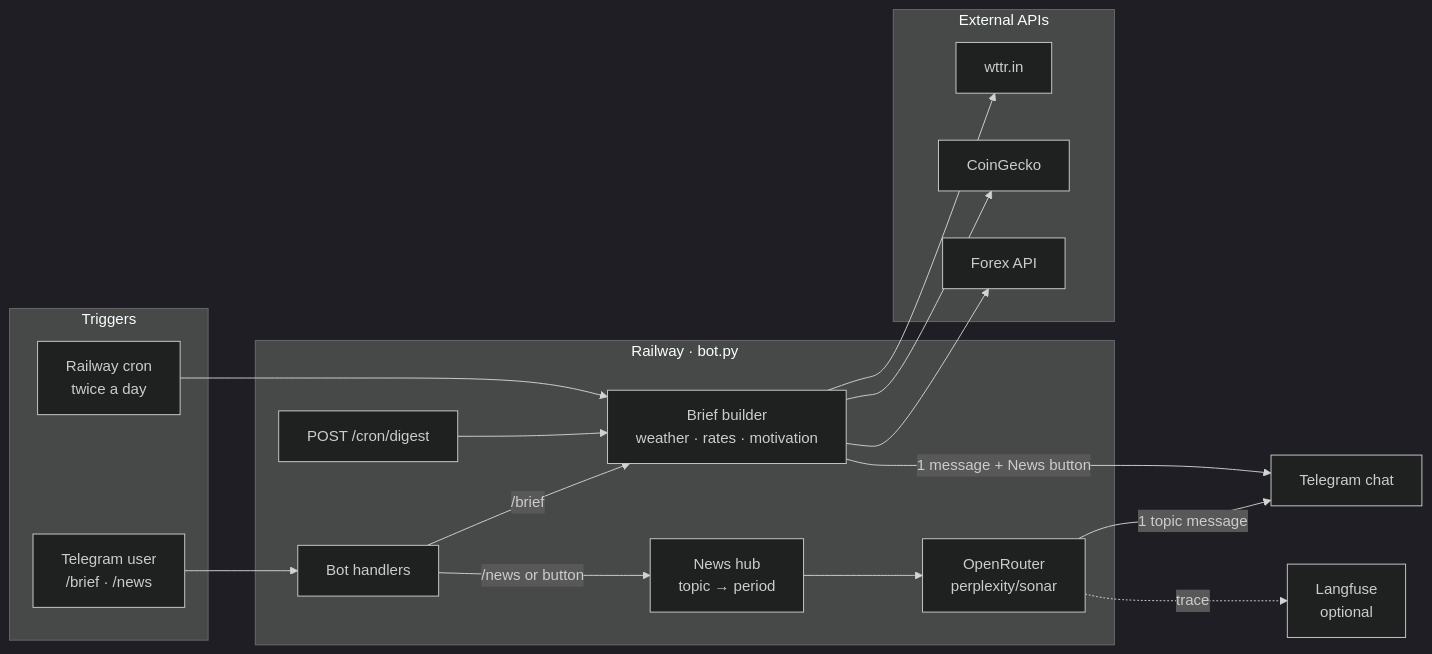
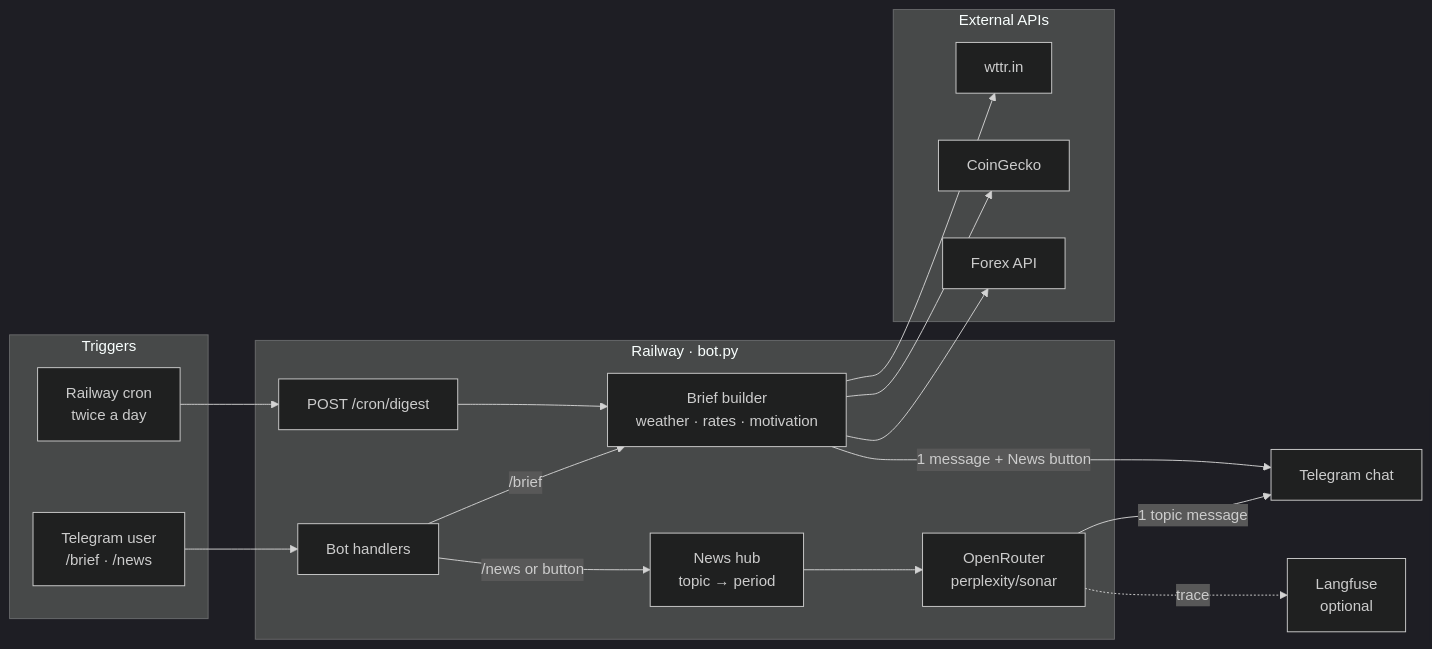
Before and after one commit to cheslav-zhur/my-daily-digest: the diagram in README.md, drawn with Mermaid (dark theme). The commit also changed other lines of this file and 8 other files, not shown here.

First line of the commit message:
Wake the bot from cron instead of sending the brief in a second process.

````diff
--- a/README.md
+++ b/README.md
@@ -33,35 +33,35 @@
 ```mermaid
 flowchart LR
   subgraph triggers [Triggers]
     CronSvc[Railway cron<br/>twice a day]
     User[Telegram user<br/>/brief · /news]
   end
 
   subgraph railway [Railway · bot.py]
     Cron["POST /cron/digest"]
     Bot[Bot handlers]
     Brief[Brief builder<br/>weather · rates · motivation]
     News[News hub<br/>topic → period]
     OR[OpenRouter<br/>perplexity/sonar]
   end
 
   subgraph sources [External APIs]
     Wttr[wttr.in]
     CG[CoinGecko]
     FX[Forex API]
   end
 
   TG[Telegram chat]
   LF[Langfuse<br/>optional]
 
-  CronSvc --> Brief
+  CronSvc --> Cron
   User --> Bot
   Cron --> Brief
   Bot -->|/brief| Brief
   Bot -->|/news or button| News
   Brief --> Wttr & CG & FX
   Brief -->|1 message + News button| TG
   News --> OR
   OR -.->|trace| LF
   OR -->|1 topic message| TG
 ```
````
